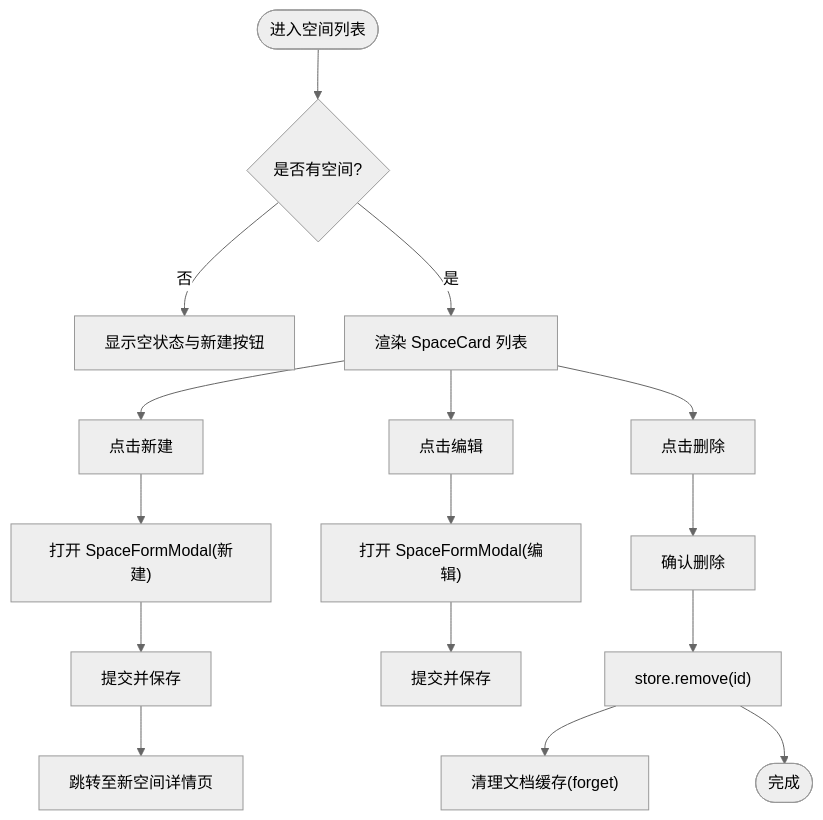
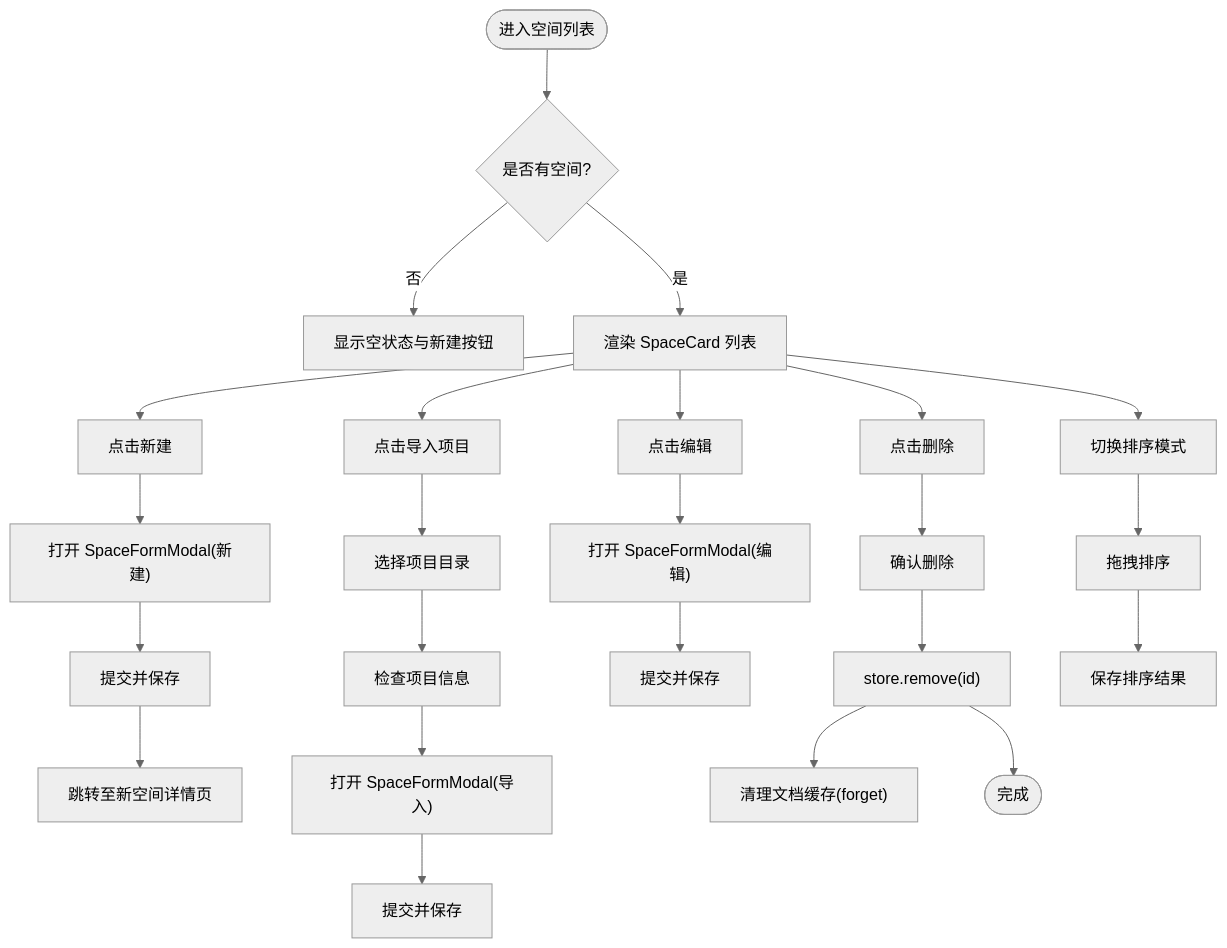
The third of 8 diagrams in .qoder/repowiki/zh/content/前端应用架构/页面组件/空间管理页面.md (hozeeee/script-box), drawn with Mermaid (neutral theme) before and after one commit. The commit also changed other lines of this file and 76 other files, not shown here.

````diff
--- a/.qoder/repowiki/zh/content/前端应用架构/页面组件/空间管理页面.md
+++ b/.qoder/repowiki/zh/content/前端应用架构/页面组件/空间管理页面.md
@@ -142,18 +154,26 @@
 ```mermaid
 flowchart TD
 Start(["进入空间列表"]) --> CheckEmpty{"是否有空间?"}
 CheckEmpty --> |否| EmptyView["显示空状态与新建按钮"]
 CheckEmpty --> |是| ListView["渲染 SpaceCard 列表"]
 ListView --> ClickCreate["点击新建"]
 ClickCreate --> OpenModal["打开 SpaceFormModal(新建)"]
 OpenModal --> SaveNew["提交并保存"]
 SaveNew --> NavigateNew["跳转至新空间详情页"]
+ListView --> ClickImport["点击导入项目"]
+ClickImport --> PickDir["选择项目目录"]
+PickDir --> InspectProject["检查项目信息"]
+InspectProject --> OpenModalImport["打开 SpaceFormModal(导入)"]
+OpenModalImport --> SaveImport["提交并保存"]
 ListView --> ClickEdit["点击编辑"]
 ClickEdit --> OpenModalEdit["打开 SpaceFormModal(编辑)"]
 OpenModalEdit --> SaveEdit["提交并保存"]
 ListView --> ClickDelete["点击删除"]
 ClickDelete --> ConfirmDel["确认删除"]
 ConfirmDel --> Remove["store.remove(id)"]
 Remove --> ForgetDoc["清理文档缓存(forget)"]
+ListView --> ToggleSort["切换排序模式"]
+ToggleSort --> DragDrop["拖拽排序"]
+DragDrop --> PersistOrder["保存排序结果"]
 Remove --> Done(["完成"])
 ```
````
